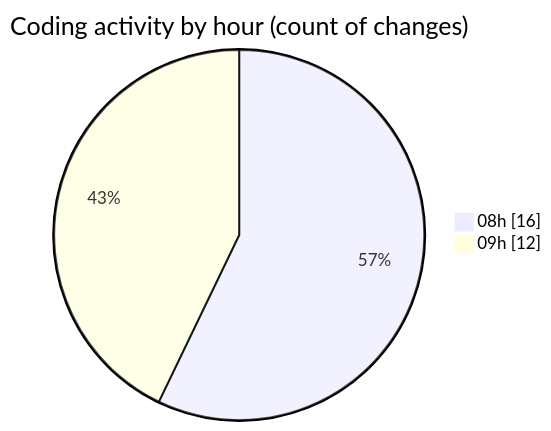
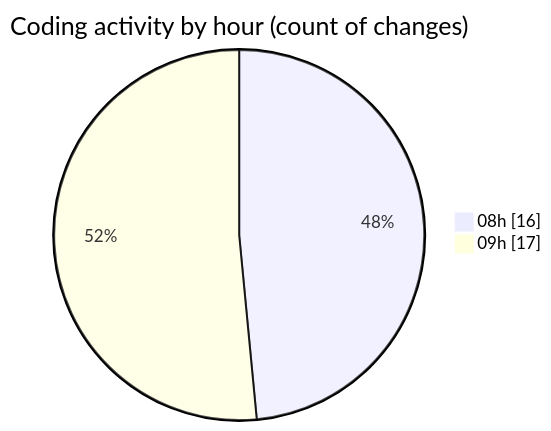
One commit to momahboobian/code-tracking changed the second of 2 diagrams in 2025-03-12/cda/README.md. Above: the diagram before and after it, drawn with Mermaid. The commit also changed other lines of this file and 1 other file, not shown here.

````diff
--- a/2025-03-12/cda/README.md
+++ b/2025-03-12/cda/README.md
@@ -33,6 +33,6 @@
 ```mermaid
 pie showData
 title Coding activity by hour (count of changes)
 "08h" : 16
-"09h" : 12
+"09h" : 17
 ```
````
